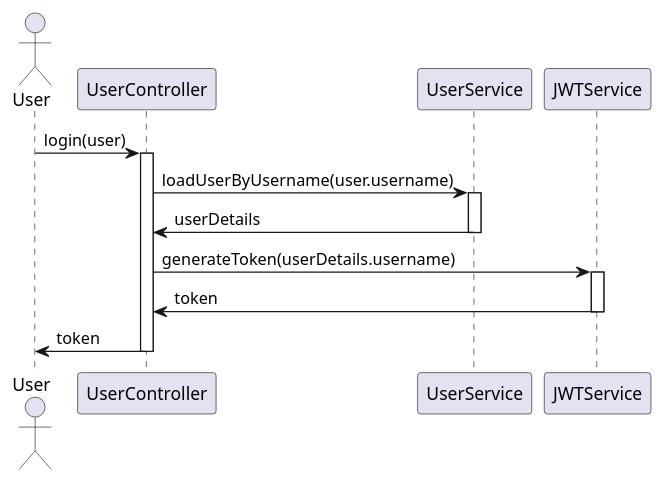
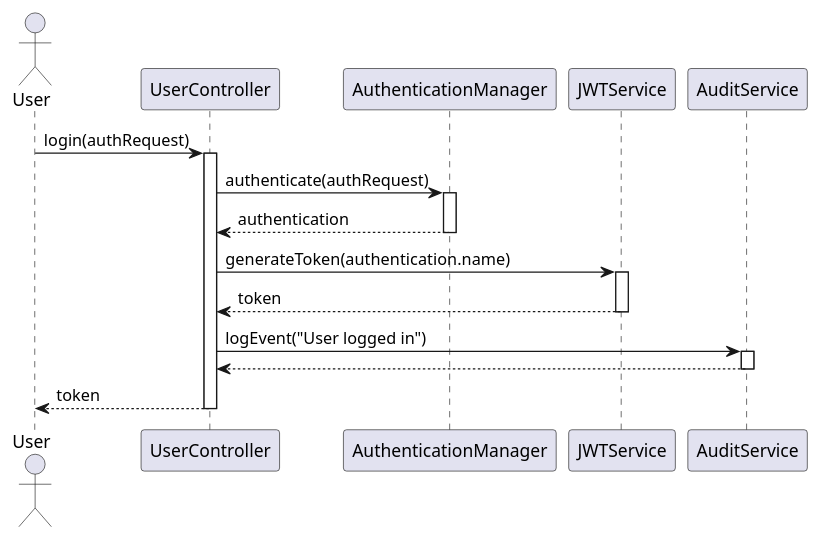
One commit to Dinesh-s95/AutoDoc.ai changed the second of 6 diagrams in identityprovider/documentation/detaileddesign.adoc. Above: the diagram before and after it, drawn with PlantUML. The commit also changed other lines of this file and 19 other files, not shown here.

```diff
--- a/identityprovider/documentation/detaileddesign.adoc
+++ b/identityprovider/documentation/detaileddesign.adoc
@@ -292,22 +300,31 @@
-[plantuml, user-login-sequence, png]
+[plantuml, authentication-sequence, png]
 ----
 @startuml
 actor User
 participant UserController
-participant UserService
+participant AuthenticationManager
 participant JWTService
+participant AuditService
 
-User -> UserController : login(user)
+User -> UserController : login(authRequest)
 activate UserController
-UserController -> UserService : loadUserByUsername(user.username)
-activate UserService
-UserService -> UserController : userDetails
-deactivate UserService
-UserController -> JWTService : generateToken(userDetails.username)
+
+UserController -> AuthenticationManager : authenticate(authRequest)
+activate AuthenticationManager
+AuthenticationManager --> UserController : authentication
+deactivate AuthenticationManager
+
+UserController -> JWTService : generateToken(authentication.name)
 activate JWTService
-JWTService -> UserController : token
+JWTService --> UserController : token
 deactivate JWTService
-UserController -> User : token
+
+UserController -> AuditService : logEvent("User logged in")
+activate AuditService
+AuditService --> UserController
+deactivate AuditService
+
+UserController --> User : token
 deactivate UserController
 @enduml
 ----
```
